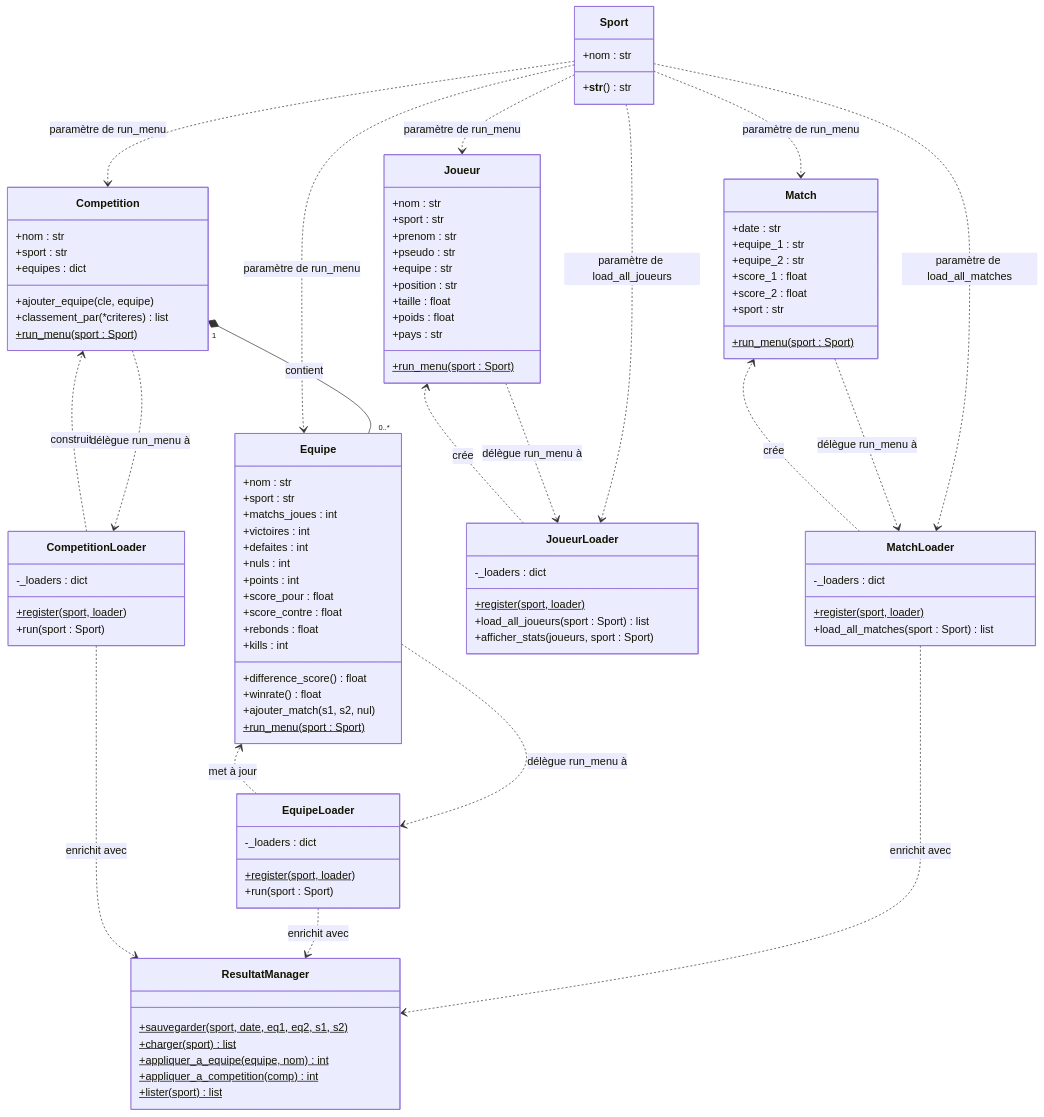
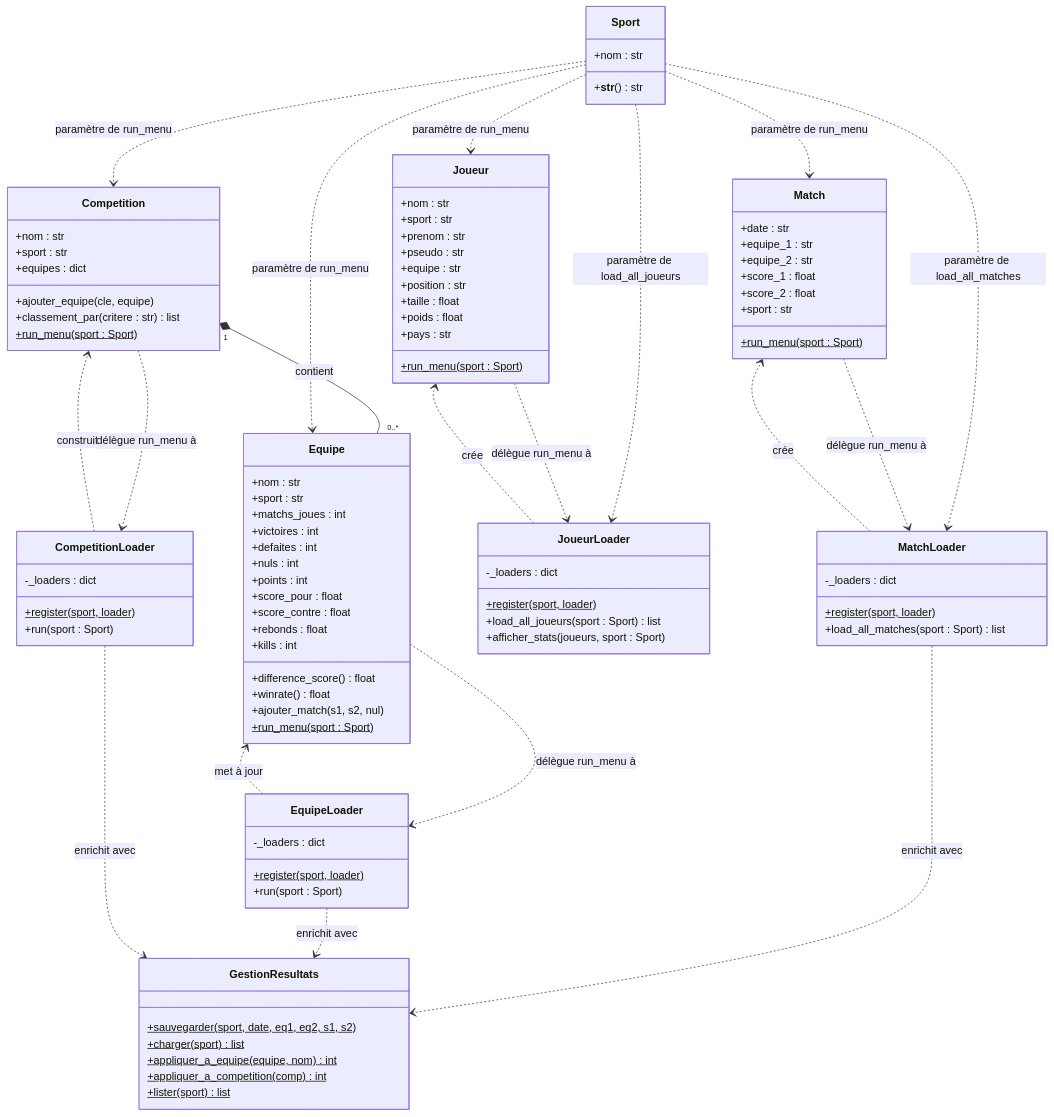
The diagram in uml/diagramme_classes.md (id2948/projet_info_template), drawn with Mermaid before and after one commit. The commit also changed other lines of this file and 8 other files, not shown here.

```diff
--- a/uml/diagramme_classes.md
+++ b/uml/diagramme_classes.md
@@ -68,7 +68,7 @@
         +sport : str
         +equipes : dict
         +ajouter_equipe(cle, equipe)
-        +classement_par(*criteres) list
+        +classement_par(critere : str) list
         +run_menu(sport : Sport)$
     }
 
@@ -99,7 +99,7 @@
         +run(sport : Sport)
     }
 
-    class ResultatManager {
+    class GestionResultats {
         +sauvegarder(sport, date, eq1, eq2, s1, s2)$
         +charger(sport) list$
         +appliquer_a_equipe(equipe, nom) int$
@@ -123,9 +123,9 @@
     Equipe ..> EquipeLoader : délègue run_menu à
     Competition ..> CompetitionLoader : délègue run_menu à
 
-    MatchLoader ..> ResultatManager : enrichit avec
-    EquipeLoader ..> ResultatManager : enrichit avec
-    CompetitionLoader ..> ResultatManager : enrichit avec
+    MatchLoader ..> GestionResultats : enrichit avec
+    EquipeLoader ..> GestionResultats : enrichit avec
+    CompetitionLoader ..> GestionResultats : enrichit avec
 
     MatchLoader ..> Match : crée
     JoueurLoader ..> Joueur : crée
```
